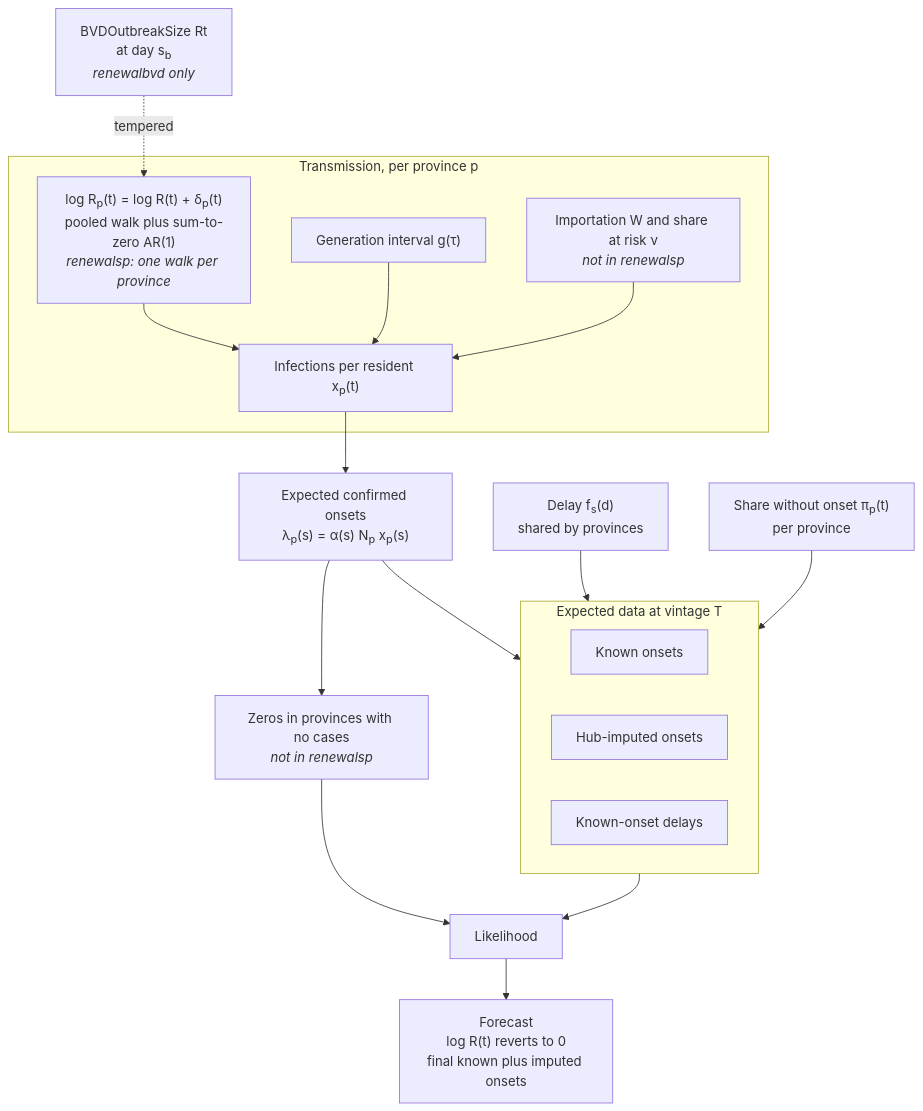
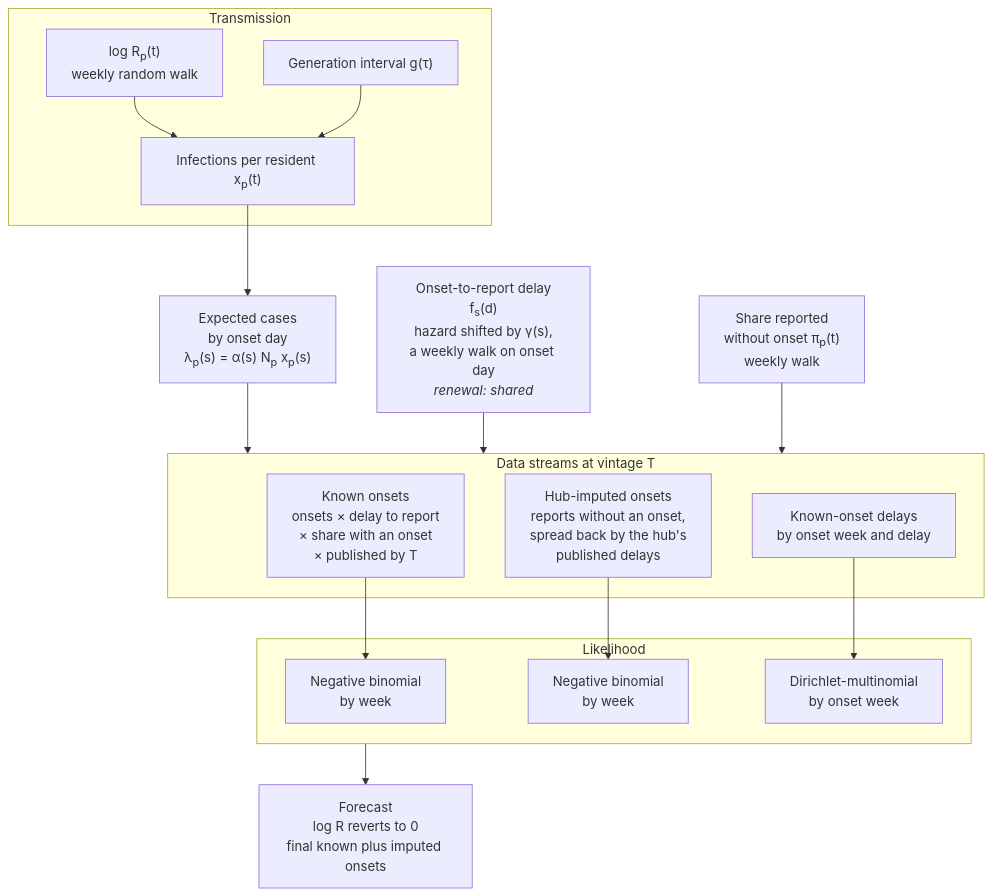
Before and after one commit to seabbs/BDBVHubRenewal: the second of 2 diagrams in docs/methods/model.md, drawn with Mermaid. The commit also changed other lines of this file and 1 other file, not shown here.

First line of the commit message:
Restructure the renewal page by model variant

````diff
--- a/docs/methods/model.md
+++ b/docs/methods/model.md
@@ -18,34 +33,33 @@
 ```mermaid
 flowchart TD
-    BVD["BVDOutbreakSize Rt<br/>at day s<sub>b</sub><br/><i>renewalbvd only</i>"]
-    subgraph TR["Transmission, per province p"]
-        RT["log R<sub>p</sub>(t) = log R(t) + δ<sub>p</sub>(t)<br/>pooled walk plus sum-to-zero AR(1)<br/><i>renewalsp: one walk per province</i>"]
+    subgraph TR["Transmission"]
+        RT["log R<sub>p</sub>(t)<br/>weekly random walk"]
         GI["Generation interval g(τ)"]
-        MIX["Importation W and share at risk ν<br/><i>not in renewalsp</i>"]
         INF["Infections per resident x<sub>p</sub>(t)"]
     end
-    ONS["Expected confirmed onsets<br/>λ<sub>p</sub>(s) = α(s) N<sub>p</sub> x<sub>p</sub>(s)"]
-    DEL["Delay f<sub>s</sub>(d)<br/>shared by provinces"]
-    MISS["Share without onset π<sub>p</sub>(t)<br/>per province"]
-    subgraph OB["Expected data at vintage T"]
-        KN["Known onsets"]
-        IM["Hub-imputed onsets"]
-        DC["Known-onset delays"]
+    ONS["Expected cases<br/>by onset day<br/>λ<sub>p</sub>(s) = α(s) N<sub>p</sub> x<sub>p</sub>(s)"]
+    DEL["Onset-to-report delay<br/>f<sub>s</sub>(d)<br/>hazard shifted by γ(s),<br/>a weekly walk on onset day<br/><i>renewal: shared</i>"]
+    MISS["Share reported<br/>without onset π<sub>p</sub>(t)<br/>weekly walk"]
+    subgraph OB["Data streams at vintage T"]
+        KN["Known onsets<br/>onsets × delay to report<br/>× share with an onset<br/>× published by T"]
+        IM["Hub-imputed onsets<br/>reports without an onset,<br/>spread back by the hub's<br/>published delays"]
+        DC["Known-onset delays<br/>by onset week and delay"]
     end
-    IDLE["Zeros in provinces with no cases<br/><i>not in renewalsp</i>"]
-    LK["Likelihood"]
-    FC["Forecast<br/>log R(t) reverts to 0<br/>final known plus imputed onsets"]
+    subgraph LK["Likelihood"]
+        LKN["Negative binomial<br/>by week"]
+        LKI["Negative binomial<br/>by week"]
+        LKD["Dirichlet-multinomial<br/>by onset week"]
+    end
+    FC["Forecast<br/>log R reverts to 0<br/>final known plus imputed onsets"]
 
-    BVD -. "tempered" .-> RT
     RT --> INF
     GI --> INF
-    MIX --> INF
     INF --> ONS
     ONS --> OB
     DEL --> OB
     MISS --> OB
-    ONS --> IDLE
-    OB --> LK
-    IDLE --> LK
+    KN --> LKN
+    IM --> LKI
+    DC --> LKD
     LK --> FC
 ```
````
